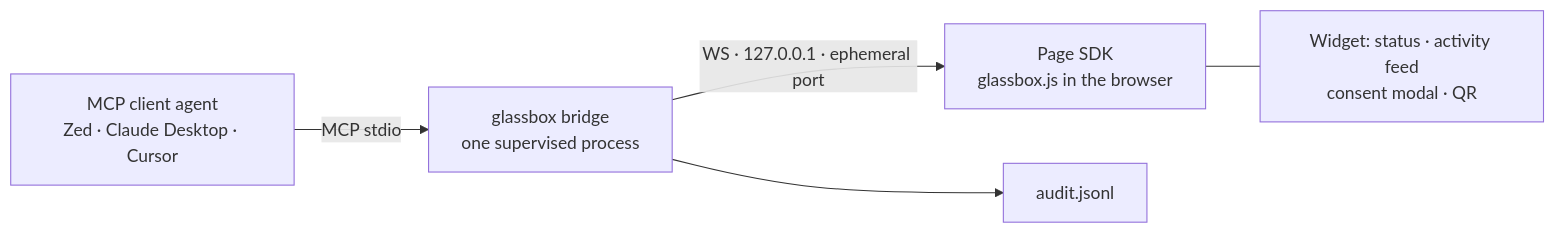
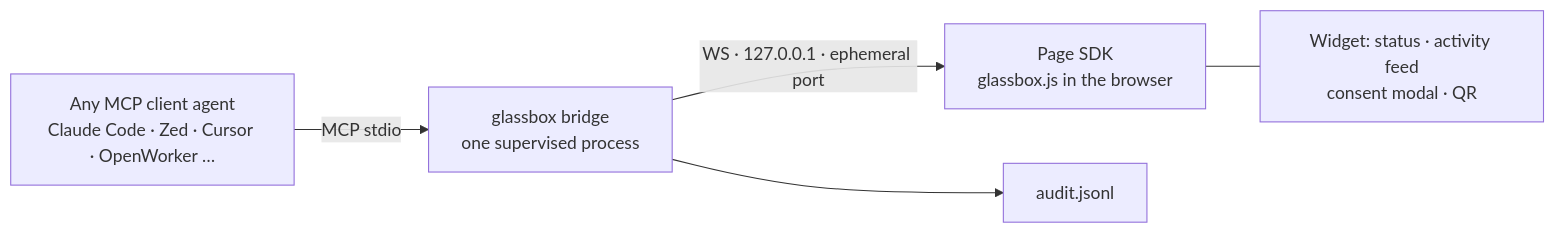
The diagram in README.md (sa-eed-afzal/glassbox), drawn with Mermaid before and after one commit. The commit also changed other lines of this file, not shown here.

Commit message:
docs: README works with any MCP agent

````diff
--- a/README.md
+++ b/README.md
@@ -140,7 +143,7 @@
 ```mermaid
 flowchart LR
-  A[MCP client agent<br/>Zed · Claude Desktop · Cursor] -->|MCP stdio| B[glassbox bridge<br/>one supervised process]
+  A[Any MCP client agent<br/>Claude Code · Zed · Cursor · OpenWorker …] -->|MCP stdio| B[glassbox bridge<br/>one supervised process]
   B -->|WS · 127.0.0.1 · ephemeral port| C[Page SDK<br/>glassbox.js in the browser]
   C --- D[Widget: status · activity feed<br/>consent modal · QR]
   B --> E[audit.jsonl]
 ```
````
